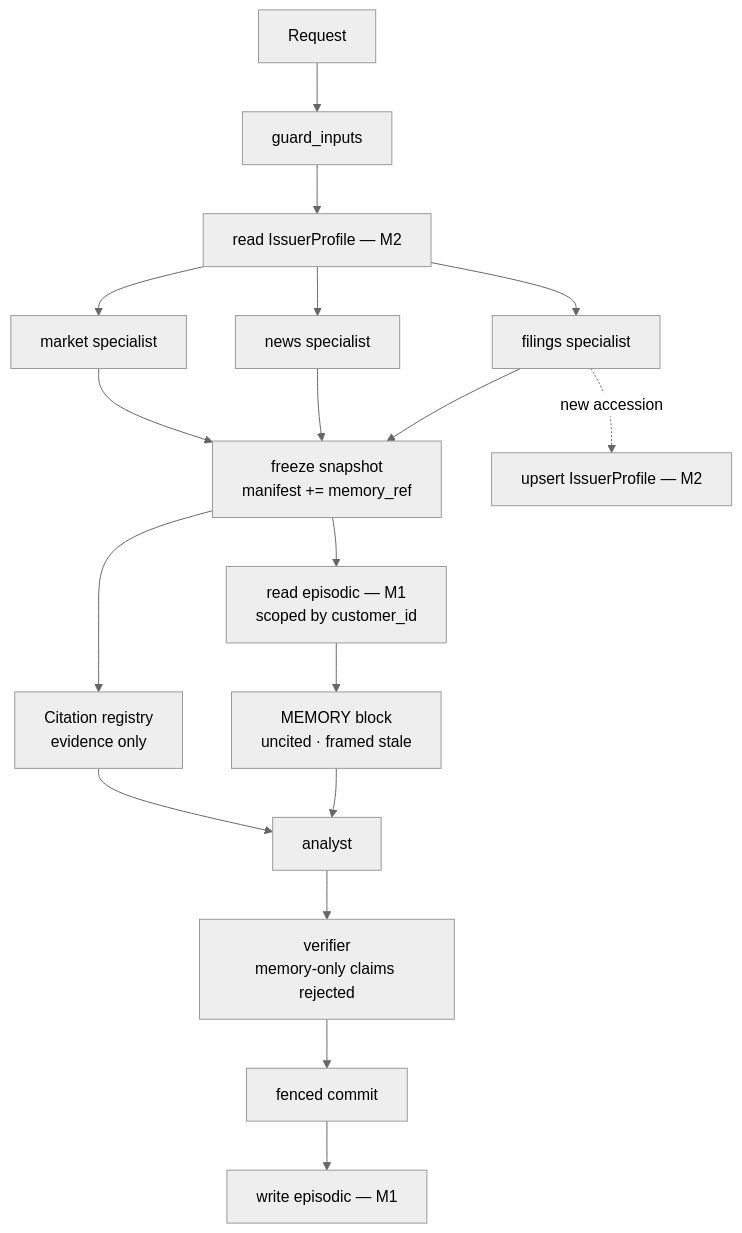
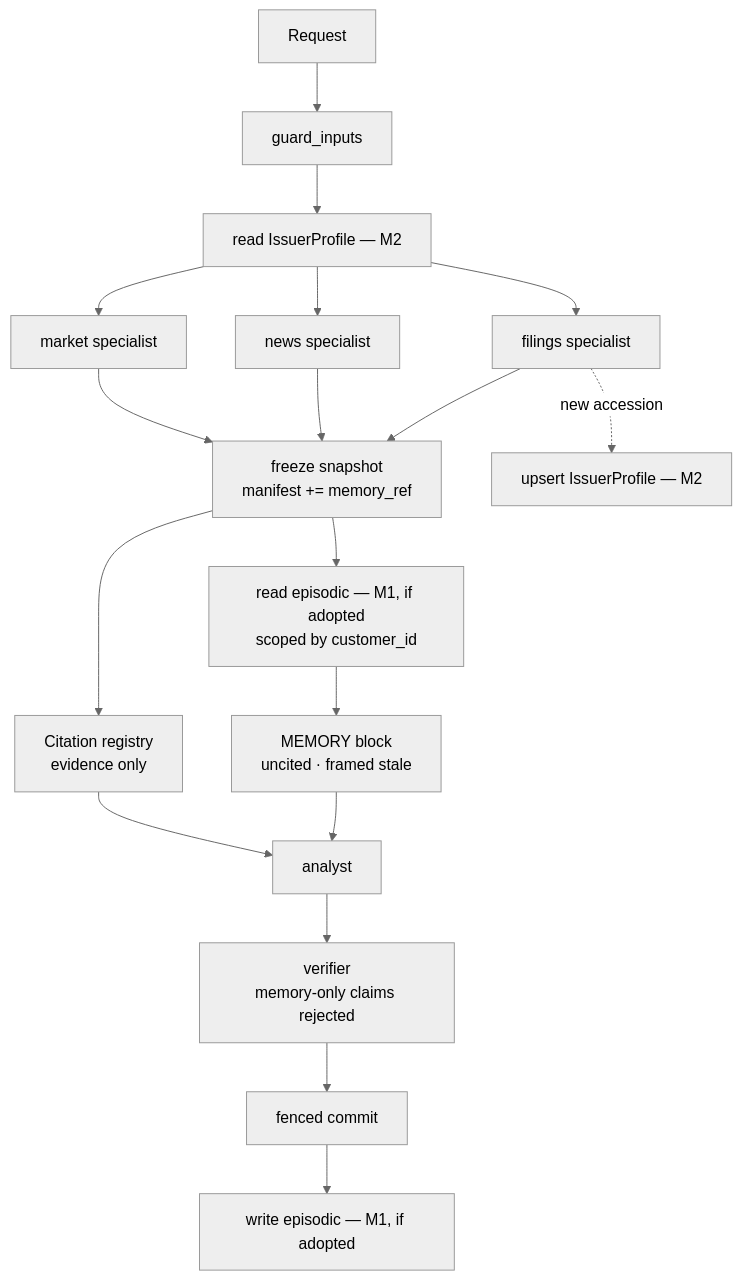
The fourth of 7 diagrams in docs/agent-architecture.md (nilesh-auradkar05/Financial-Analyst-Agent), drawn with Mermaid (neutral theme) before and after one commit. The commit also changed other lines of this file and 13 other files, not shown here.

First line of the commit message:
docs: align resume wording with ADR-0017; add the owner's ADR-0017 diagrams

````diff
--- a/docs/agent-architecture.md
+++ b/docs/agent-architecture.md
@@ -207,18 +207,18 @@
 ```mermaid
 flowchart TD
   R[Request] --> P[guard_inputs]
   P --> IR[read IssuerProfile — M2]
   IR --> F[filings specialist]
   IR --> N[news specialist]
   IR --> K[market specialist]
   F & N & K --> Z[freeze snapshot<br/>manifest += memory_ref]
-  Z --> ER[read episodic — M1<br/>scoped by customer_id]
+  Z --> ER[read episodic — M1, if adopted<br/>scoped by customer_id]
   ER --> MB[MEMORY block<br/>uncited · framed stale]
   Z --> REG[Citation registry<br/>evidence only]
   MB --> A[analyst]
   REG --> A
   A --> V[verifier<br/>memory-only claims rejected]
   V --> CM[fenced commit]
-  CM --> EW[write episodic — M1]
+  CM --> EW[write episodic — M1, if adopted]
   F -. new accession .-> IW[upsert IssuerProfile — M2]
 ```
````
